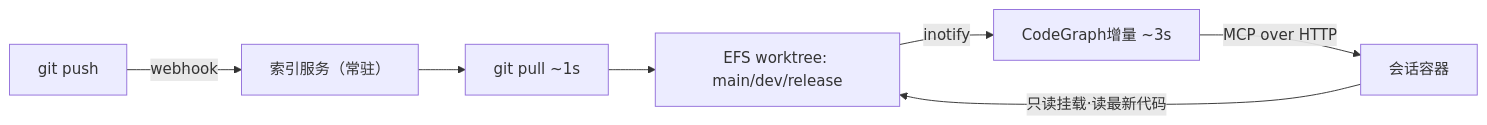
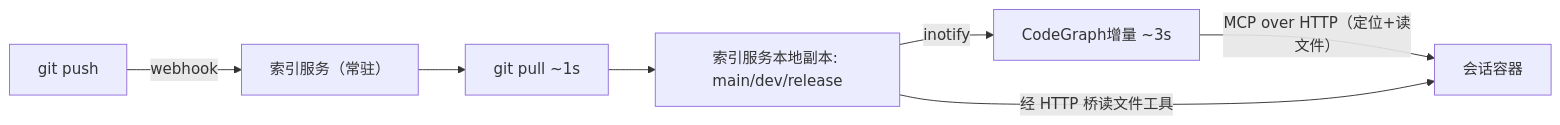
The third of 3 diagrams in docs/design/architecture-overview_zh.md (ddpie/source-truth), drawn with Mermaid before and after one commit. The commit also changed other lines of this file and 10 other files, not shown here.

First line of the commit message:
docs: describe EFS-free architecture (code served over index-service HTTP)

````diff
--- a/docs/design/architecture-overview_zh.md
+++ b/docs/design/architecture-overview_zh.md
@@ -99,9 +99,9 @@
 ```mermaid
 graph LR
     PUSH[git push] -->|"webhook"| SVC["索引服务（常驻）"]
     SVC --> PULL["git pull ~1s"]
-    PULL --> WT["EFS worktree: main/dev/release"]
+    PULL --> WT["索引服务本地副本: main/dev/release"]
     WT -->|"inotify"| IDX["CodeGraph增量 ~3s"]
-    IDX -->|"MCP over HTTP"| VM["会话容器"]
-    VM -->|"只读挂载·读最新代码"| WT
+    IDX -->|"MCP over HTTP（定位+读文件）"| VM["会话容器"]
+    WT -->|"经 HTTP 桥读文件工具"| VM
 ```
````
